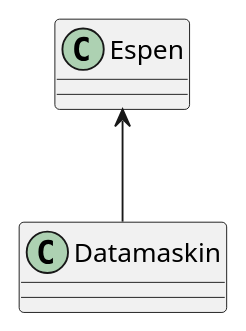
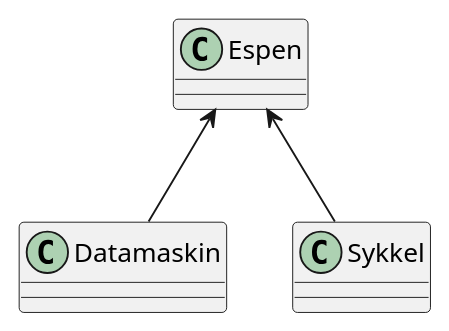
Before and after one commit to HL7Norway/LMDI: the diagram in modeller/test.puml, drawn with PlantUML.

```diff
--- a/modeller/test.puml
+++ b/modeller/test.puml
@@ -1,8 +1,10 @@
 @startuml
 
 class Espen
 class Datamaskin
+class Sykkel
 
 Espen <-- Datamaskin
+Espen <-- Sykkel
 
 @enduml
```
